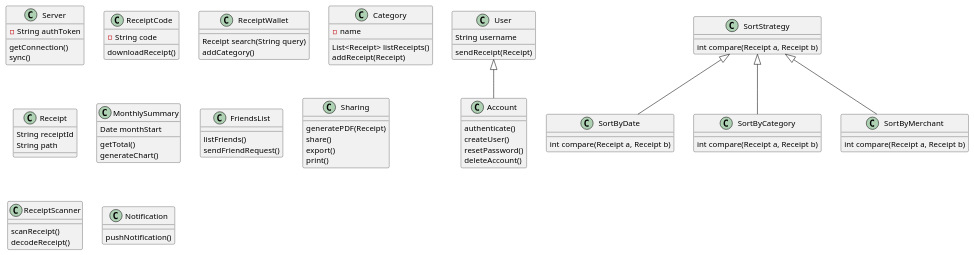
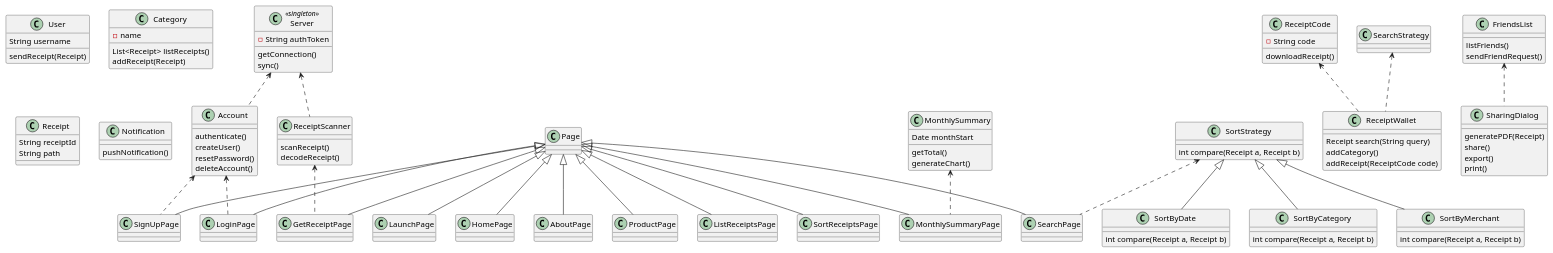
Before and after one commit to ReciboTeam/zorgate: the diagram in mobile_class.puml, drawn with PlantUML. The commit also changed 1 other file, not shown here.

```diff
--- a/mobile_class.puml
+++ b/mobile_class.puml
@@ -1,91 +1,151 @@
 @startuml
 
-class Server {
+class Server <<singleton>> {
     -String authToken
     getConnection()
     sync()
 }
 
 class Account {
     authenticate()
     createUser()
     resetPassword()
     deleteAccount()
 }
-User <|== Account
+Server <.. Account
 
 class User {
     String username
     sendReceipt(Receipt)
 }
-
 
 class ReceiptCode {
     -String code
     downloadReceipt()
 }
 
 class ReceiptWallet {
     Receipt search(String query)
     addCategory()
+    addReceipt(ReceiptCode code)
 }
+SearchStrategy <.. ReceiptWallet
+ReceiptCode <.. ReceiptWallet
 
 class Category {
     -name
     List<Receipt> listReceipts()
     addReceipt(Receipt)
 }
 
 class Receipt {
     String receiptId
     String path
 }
 
 class MonthlySummary {
     Date monthStart
     getTotal()
     generateChart()
 }
 
 class FriendsList {
     listFriends()
     sendFriendRequest()
 }
 
-class Sharing {
+class SharingDialog {
     generatePDF(Receipt)
     share()
     export()
     print()
 }
+FriendsList <.. SharingDialog
 
 class ReceiptScanner {
     scanReceipt()
     decodeReceipt()
 }
+Server <.. ReceiptScanner
 
 class Notification {
     pushNotification()
 }
 
 class SortStrategy {
 int compare(Receipt a, Receipt b)
 }
 
 class SortByDate {
 int compare(Receipt a, Receipt b)
 }
 SortStrategy <|== SortByDate
 
 class SortByCategory {
 int compare(Receipt a, Receipt b)
 }
 SortStrategy <|== SortByCategory
 
 class SortByMerchant {
 int compare(Receipt a, Receipt b)
 }
 SortStrategy <|== SortByMerchant
 
+class Page {
+
+}
+
+class LaunchPage {
+
+}
+Page <|== LaunchPage
+
+class SignUpPage {
+
+}
+Page <|== SignUpPage
+Account <.. SignUpPage
+
+class HomePage {
+
+}
+Page <|== HomePage
+
+class LoginPage {
+
+}
+Page <|== LoginPage
+Account <.. LoginPage
+
+class SearchPage {
+}
+Page <|== SearchPage
+SortStrategy <.. SearchPage
+
+class AboutPage {
+}
+Page <|== AboutPage
+
+class ProductPage {
+}
+Page <|== ProductPage
+
+class ListReceiptsPage {
+}
+Page <|== ListReceiptsPage
+
+class SortReceiptsPage {
+}
+Page <|== SortReceiptsPage
+
+class GetReceiptPage {
+}
+Page <|== GetReceiptPage
+ReceiptScanner <.. GetReceiptPage
+
+class MonthlySummaryPage {
+}
+Page <|== MonthlySummaryPage
+MonthlySummary <.. MonthlySummaryPage
 
 @enduml
```
